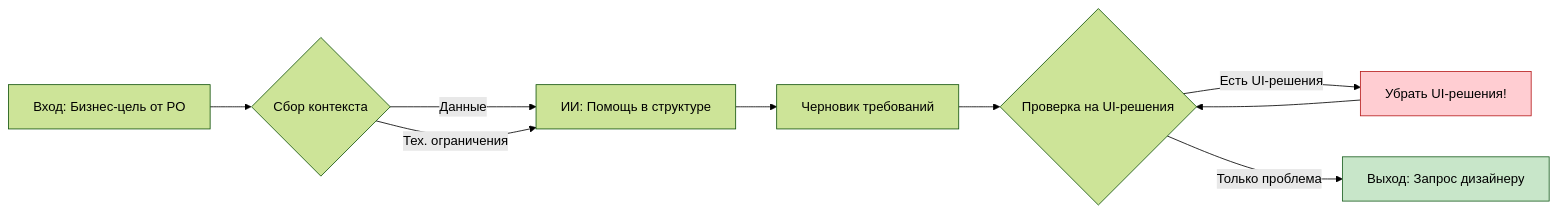
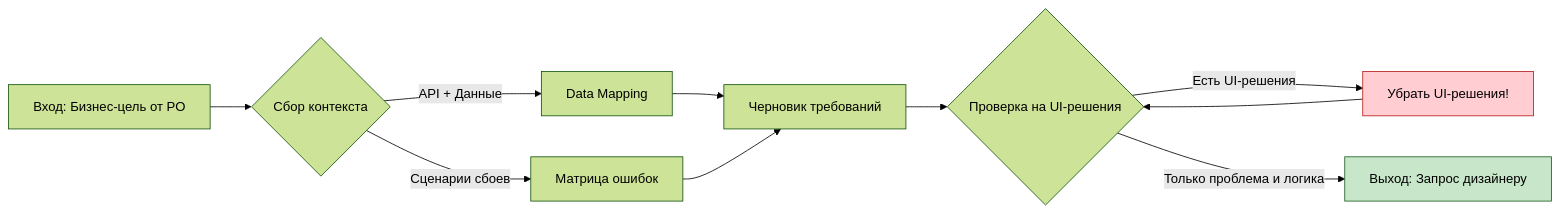
One commit to codenol/gist changed the second of 4 diagrams in docs/analytics/05-процесс-работы-команды.md. Above: the diagram before and after it, drawn with Mermaid (forest theme). The commit also changed other lines of this file and 3 other files, not shown here.

````diff
--- a/docs/analytics/05-процесс-работы-команды.md
+++ b/docs/analytics/05-процесс-работы-команды.md
@@ -92,14 +101,15 @@
 ```mermaid
 graph LR
     Input[Вход: Бизнес-цель от PO] --> Context{Сбор контекста}
-    Context -->|Данные| AI_Help[ИИ: Помощь в структуре]
-    Context -->|Тех. ограничения| AI_Help
-    AI_Help --> Draft[Черновик требований]
+    Context -->|API + Данные| DataMap[Data Mapping]
+    Context -->|Сценарии сбоев| Errors[Матрица ошибок]
+    DataMap --> Draft[Черновик требований]
+    Errors --> Draft
     Draft --> Check{Проверка на UI-решения}
     Check -->|Есть UI-решения| Fix[Убрать UI-решения!]
-    Check -->|Только проблема| Output[Выход: Запрос дизайнеру]
+    Check -->|Только проблема и логика| Output[Выход: Запрос дизайнеру]
     Fix --> Check
     
     style Fix fill:#FFCDD2,stroke:#B71C1C,color:#000000
     style Output fill:#C8E6C9,stroke:#1B5E20,color:#000000
 ```
````
